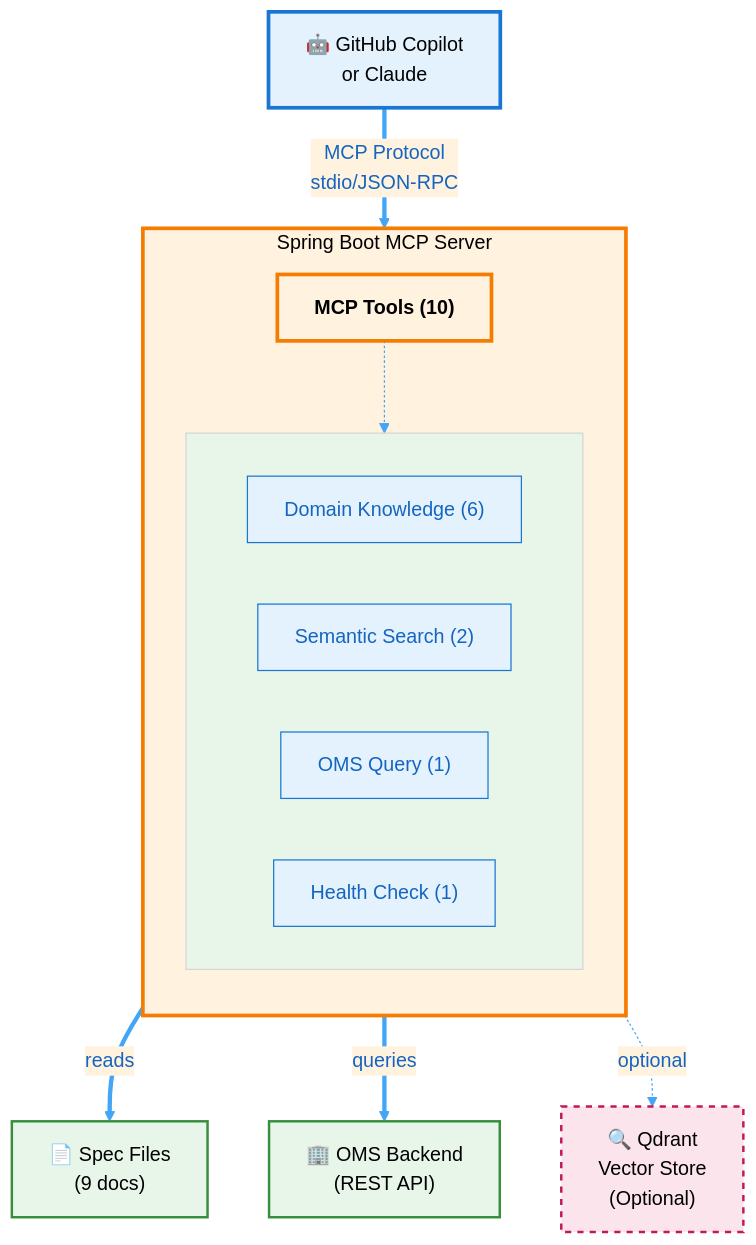
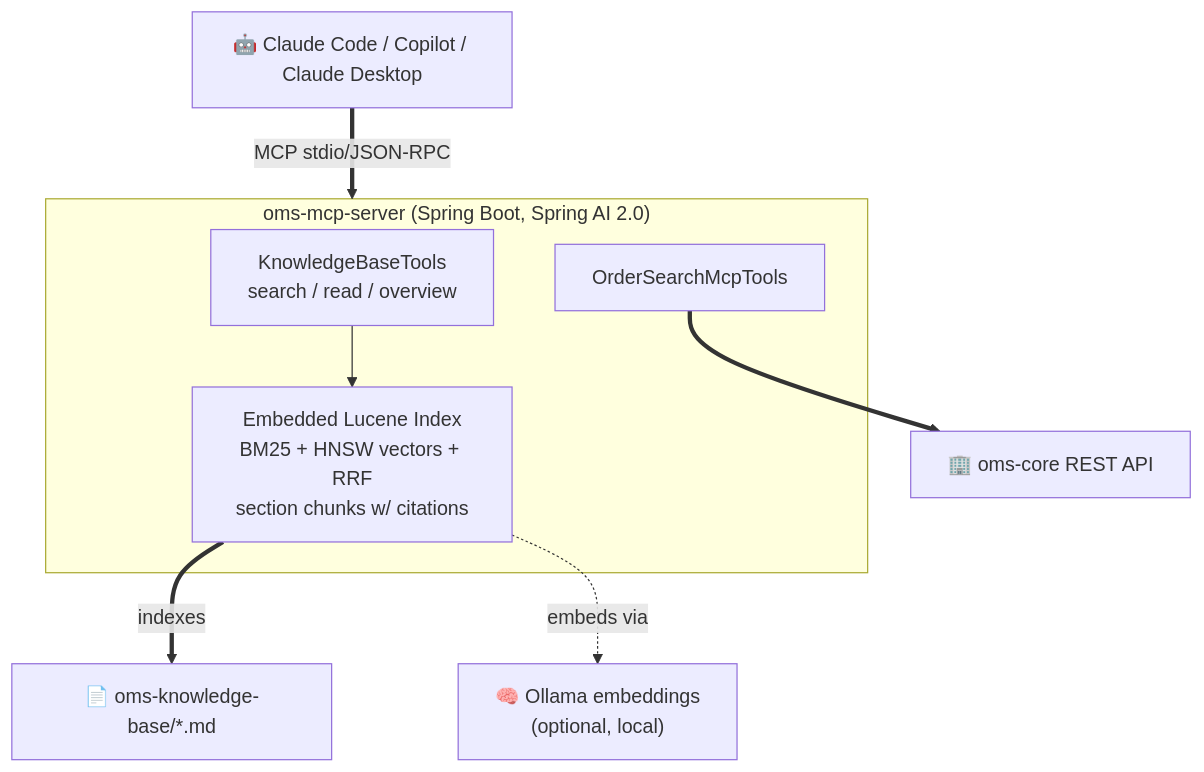
The diagram in oms-mcp-server/docs/README.md (tbaderts/oms), drawn with Mermaid before and after one commit. The commit also changed other lines of this file and 53 other files, not shown here.

Commit message:
mcp server refactoring

````diff
--- a/oms-mcp-server/docs/README.md
+++ b/oms-mcp-server/docs/README.md
@@ -136,39 +50,20 @@
 ```mermaid
-%%{init: {'theme':'base', 'themeVariables': { 'primaryColor':'#e3f2fd','primaryTextColor':'#1565c0','primaryBorderColor':'#1976d2','lineColor':'#42a5f5','secondaryColor':'#fff3e0','tertiaryColor':'#e8f5e9','quaternaryColor':'#f3e5f5'}}}%%
 flowchart TB
-    Client["🤖 GitHub Copilot<br/>or Claude"]
-    
-    subgraph Server["Spring Boot MCP Server"]
-        direction TB
-        Tools["<b>MCP Tools (10)</b>"]
-        
-        subgraph ToolCategories[" "]
-            direction LR
-            DomainTools["Domain Knowledge (6)"]
-            SemanticTools["Semantic Search (2)"]
-            QueryTools["OMS Query (1)"]
-            HealthTools["Health Check (1)"]
-        end
-        
-        Tools -.-> ToolCategories
+    Client["🤖 Claude Code / Copilot / Claude Desktop"]
+
+    subgraph Server["oms-mcp-server (Spring Boot, Spring AI 2.0)"]
+        KB["KnowledgeBaseTools<br/>search / read / overview"]
+        Index["Embedded Lucene Index<br/>BM25 + HNSW vectors + RRF<br/>section chunks w/ citations"]
+        OMSTools["OrderSearchMcpTools"]
+        KB --> Index
     end
-    
-    Specs["📄 Spec Files<br/>(9 docs)"]
-    OMS["🏢 OMS Backend<br/>(REST API)"]
-    Vector["🔍 Qdrant<br/>Vector Store<br/>(Optional)"]
-    
-    Client ==>|MCP Protocol<br/>stdio/JSON-RPC| Server
-    Server ==>|reads| Specs
-    Server ==>|queries| OMS
-    Server -.->|optional| Vector
-    
-    classDef clientStyle fill:#e3f2fd,stroke:#1976d2,stroke-width:3px,color:#000
-    classDef serverStyle fill:#fff3e0,stroke:#f57c00,stroke-width:3px,color:#000
-    classDef dataStyle fill:#e8f5e9,stroke:#388e3c,stroke-width:2px,color:#000
-    classDef optionalStyle fill:#fce4ec,stroke:#c2185b,stroke-width:2px,stroke-dasharray: 5 5,color:#000
-    
-    class Client clientStyle
-    class Server,Tools serverStyle
-    class Specs,OMS dataStyle
-    class Vector optionalStyle
+
+    Specs["📄 oms-knowledge-base/*.md"]
+    Ollama["🧠 Ollama embeddings<br/>(optional, local)"]
+    OMS["🏢 oms-core REST API"]
+
+    Client ==>|MCP stdio/JSON-RPC| Server
+    Index ==>|indexes| Specs
+    Index -.->|embeds via| Ollama
+    OMSTools ==> OMS
 ```
````
